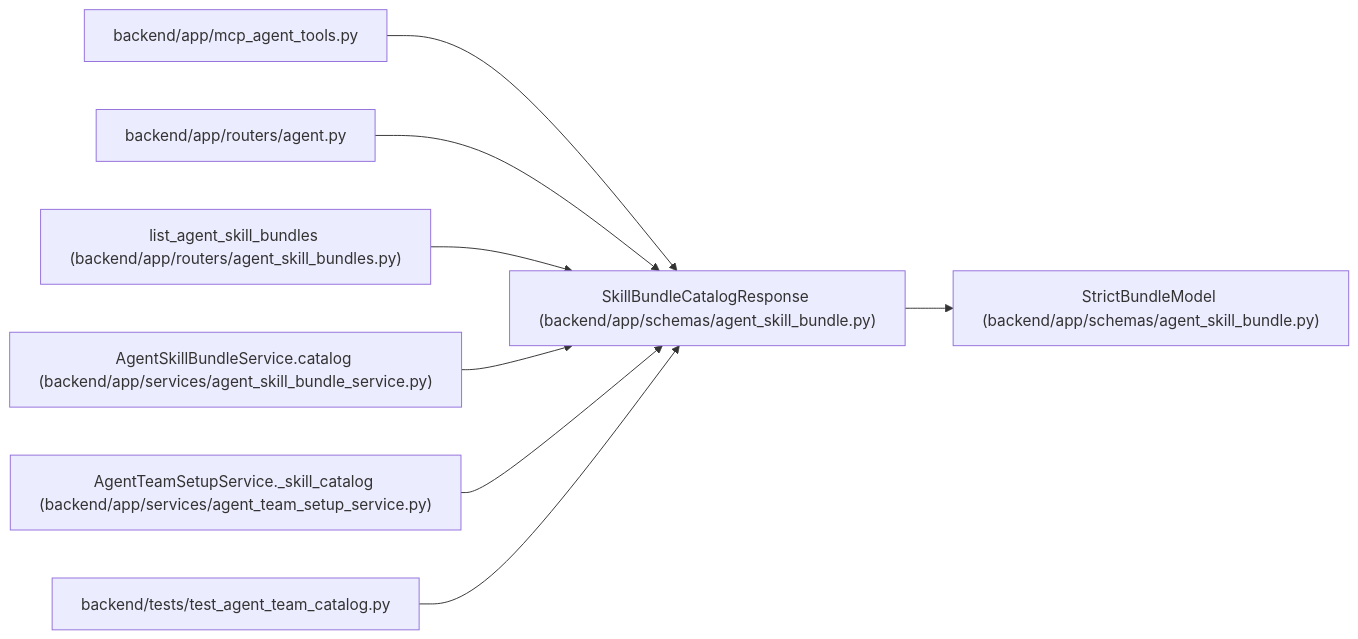
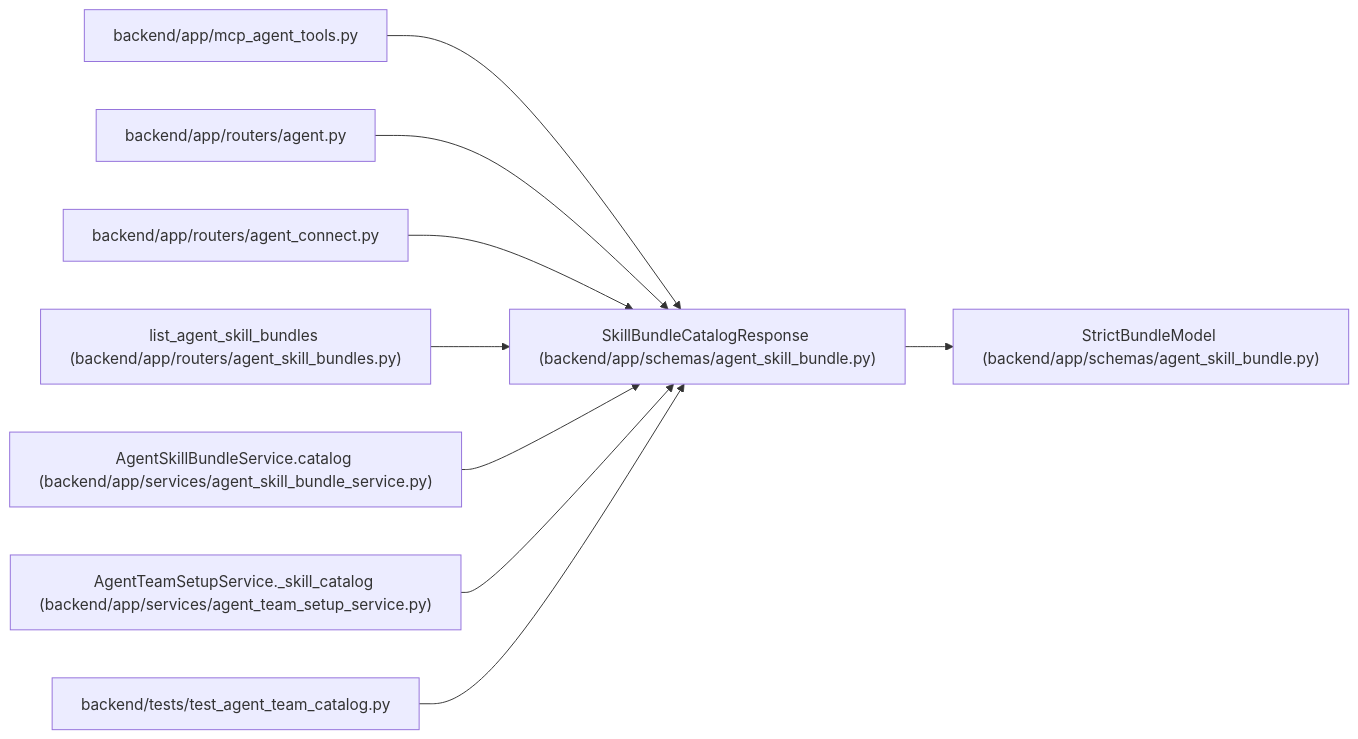
One commit to Denissvgn/WorkChord changed the diagram in docs/llm_wiki/entities/SkillBundleCatalogResponse.md. Above: the diagram before and after it, drawn with Mermaid. The commit also changed other lines of this file and 732 other files, not shown here.

Commit message:
docs(wiki): refresh for agent key delivery and the connect hint

````diff
--- a/docs/llm_wiki/entities/SkillBundleCatalogResponse.md
+++ b/docs/llm_wiki/entities/SkillBundleCatalogResponse.md
@@ -29,26 +29,29 @@
 ```mermaid
 flowchart LR
     n0["SkillBundleCatalogResponse (backend/app/schemas/agent_skill_bundle.py)"]
     n1["StrictBundleModel (backend/app/schemas/agent_skill_bundle.py)"]
     n2["backend/app/mcp_agent_tools.py"]
     n3["backend/app/routers/agent.py"]
-    n4["list_agent_skill_bundles (backend/app/routers/agent_skill_bundles.py)"]
-    n5["AgentSkillBundleService.catalog (backend/app/services/agent_skill_bundle_service.py)"]
-    n6["AgentTeamSetupService._skill_catalog (backend/app/services/agent_team_setup_service.py)"]
-    n7["backend/tests/test_agent_team_catalog.py"]
+    n4["backend/app/routers/agent_connect.py"]
+    n5["list_agent_skill_bundles (backend/app/routers/agent_skill_bundles.py)"]
+    n6["AgentSkillBundleService.catalog (backend/app/services/agent_skill_bundle_service.py)"]
+    n7["AgentTeamSetupService._skill_catalog (backend/app/services/agent_team_setup_service.py)"]
+    n8["backend/tests/test_agent_team_catalog.py"]
     n0 --> n1
     n2 --> n0
     n3 --> n0
     n4 --> n0
     n5 --> n0
     n6 --> n0
     n7 --> n0
+    n8 --> n0
     click n0 "../modules/agent_skill_bundle.md"
     click n1 "../modules/agent_skill_bundle.md"
     click n2 "../modules/mcp_agent_tools.md"
     click n3 "../modules/routers_agent.md"
-    click n4 "../modules/agent_skill_bundles.md"
-    click n5 "../modules/agent_skill_bundle_service.md"
-    click n6 "../modules/agent_team_setup_service.md"
-    click n7 "../modules/test_agent_team_catalog.md"
+    click n4 "../modules/routers_agent_connect.md"
+    click n5 "../modules/agent_skill_bundles.md"
+    click n6 "../modules/agent_skill_bundle_service.md"
+    click n7 "../modules/agent_team_setup_service.md"
+    click n8 "../modules/test_agent_team_catalog.md"
 ```
````
